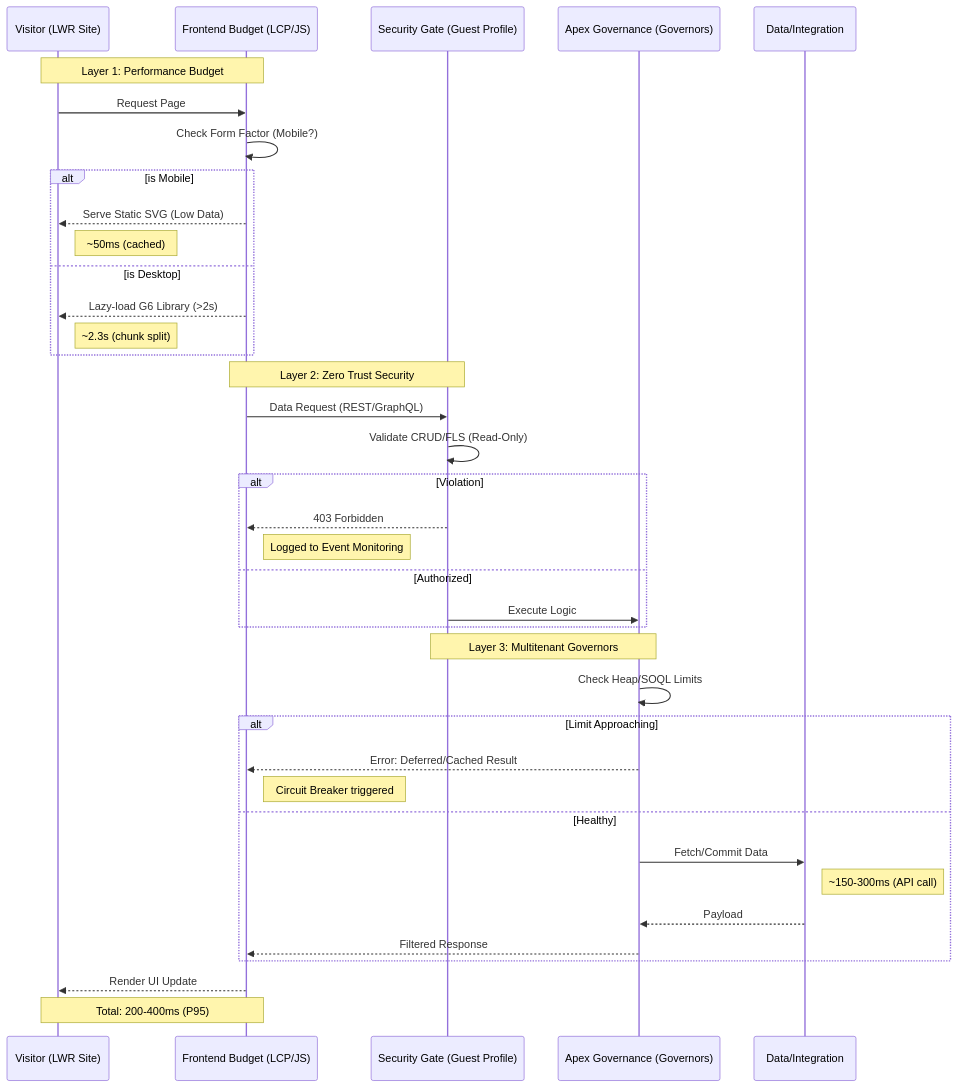
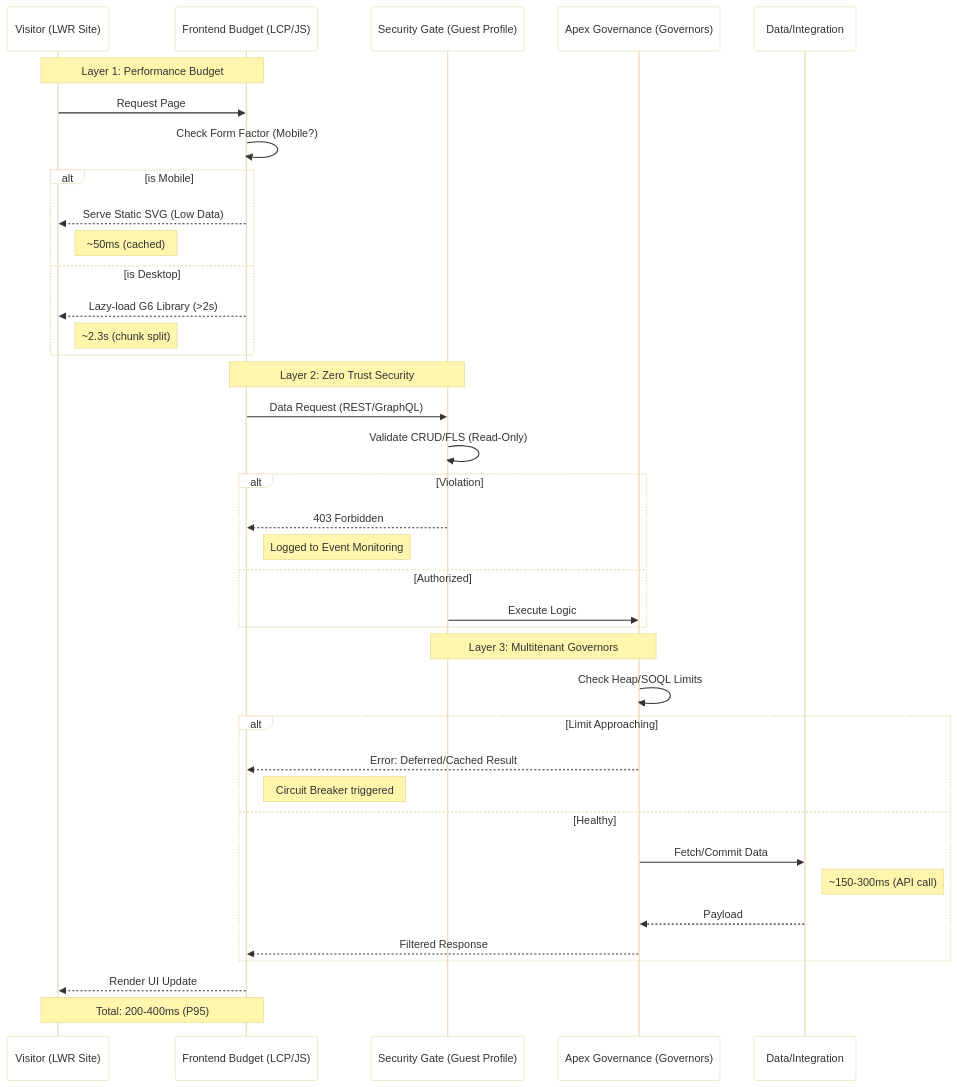
One commit to rdbumstead/salesforce-platform-architect-portfolio changed the diagram in docs/guides/06-Guardrails-and-Executable-Governance.md. Above: the diagram before and after it, drawn with Mermaid. The commit also changed other lines of this file and 4 other files, not shown here.

````diff
--- a/docs/guides/06-Guardrails-and-Executable-Governance.md
+++ b/docs/guides/06-Guardrails-and-Executable-Governance.md
@@ -143,44 +149,45 @@
 ```mermaid
 sequenceDiagram
+    %%{init: {'theme': 'base', 'themeVariables': { 'mainBkg': '#ffffff'}}}%%
     participant U as Visitor (LWR Site)
     participant B as Frontend Budget (LCP/JS)
     participant G as Security Gate (Guest Profile)
     participant A as Apex Governance (Governors)
     participant D as Data/Integration
 
     Note over U,B: Layer 1: Performance Budget
     U->>B: Request Page
     B->>B: Check Form Factor (Mobile?)
     alt is Mobile
         B-->>U: Serve Static SVG (Low Data)
         Note right of U: ~50ms (cached)
     else is Desktop
         B-->>U: Lazy-load G6 Library (>2s)
         Note right of U: ~2.3s (chunk split)
     end
 
     Note over B,G: Layer 2: Zero Trust Security
     B->>G: Data Request (REST/GraphQL)
     G->>G: Validate CRUD/FLS (Read-Only)
     alt Violation
         G-->>B: 403 Forbidden
         Note right of B: Logged to Event Monitoring
     else Authorized
         G->>A: Execute Logic
     end
 
     Note over G,A: Layer 3: Multitenant Governors
     A->>A: Check Heap/SOQL Limits
     alt Limit Approaching
         A-->>B: Error: Deferred/Cached Result
         Note right of B: Circuit Breaker triggered
     else Healthy
         A->>D: Fetch/Commit Data
         Note right of D: ~150-300ms (API call)
         D-->>A: Payload
         A-->>B: Filtered Response
     end
 
     B-->>U: Render UI Update
     Note over U,B: Total: 200-400ms (P95)
 ```
````
